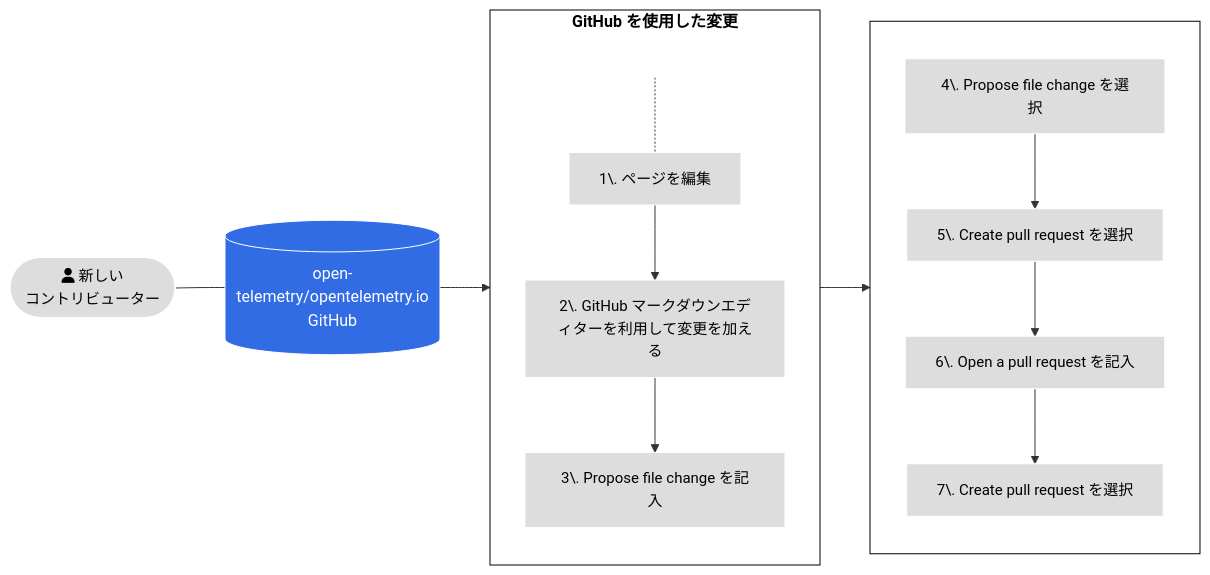
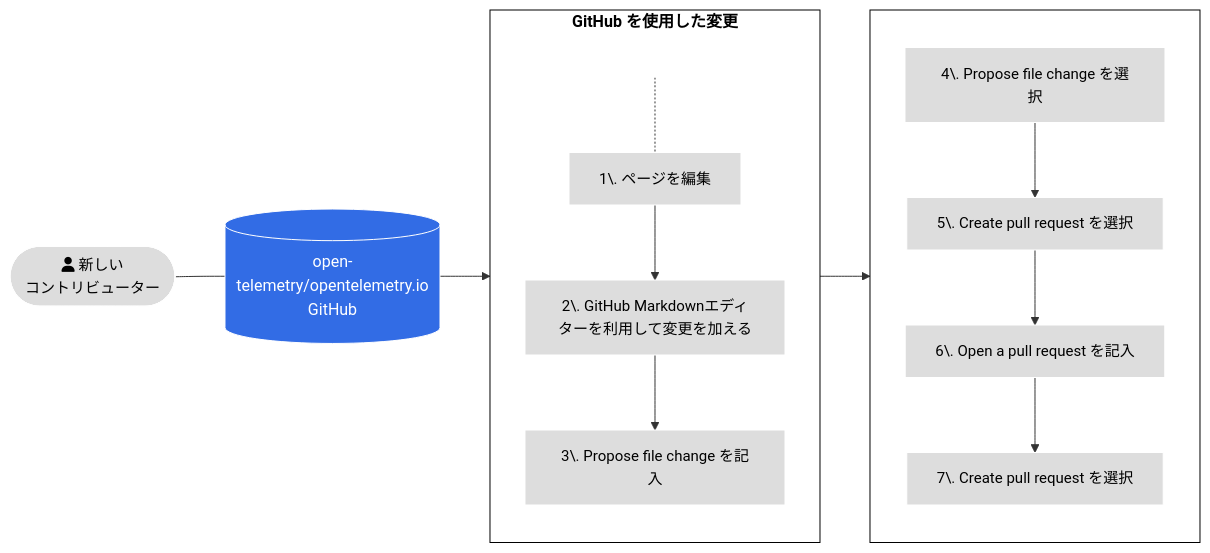
One commit to open-telemetry/opentelemetry.io changed the second of 4 diagrams in content/ja/docs/contributing/pull-requests.md. Above: the diagram before and after it, drawn with Mermaid. The commit also changed other lines of this file, not shown here.

Commit message:
fix: translate `Markdown` into `マークダウン`
Because it is a function of GitHub UI, translaters consider that these words should be English.

````diff
--- a/content/ja/docs/contributing/pull-requests.md
+++ b/content/ja/docs/contributing/pull-requests.md
@@ -57,27 +57,27 @@
 ```mermaid
 flowchart LR
 A([fa:fa-user 新しい<br>コントリビューター]) --- id1[(open-telemetry/opentelemetry.io<br>GitHub)]
 subgraph tasks[GitHub を使用した変更]
 direction TB
     0[ ] -.-
-    1[1\. ページを編集] --> 2[2\. GitHub マークダウンエディターを利用して変更を加える]
+    1[1\. ページを編集] --> 2[2\. GitHub Markdownエディターを利用して変更を加える]
     2 --> 3[3\. Propose file change を記入]
 
 end
 subgraph tasks2[ ]
 direction TB
 4[4\. Propose file change を選択] --> 5[5\. Create pull request を選択] --> 6[6\. Open a pull request を記入]
 6 --> 7[7\. Create pull request を選択]
 end
 
 id1 --> tasks --> tasks2
 
 classDef grey fill:#dddddd,stroke:#ffffff,stroke-width:px,color:#000000, font-size:15px;
 classDef white fill:#ffffff,stroke:#000,stroke-width:px,color:#000,font-weight:bold
 classDef k8s fill:#326ce5,stroke:#fff,stroke-width:1px,color:#fff;
 classDef spacewhite fill:#ffffff,stroke:#fff,stroke-width:0px,color:#000
 class A,1,2,3,4,5,6,7 grey
 class 0 spacewhite
 class tasks,tasks2 white
 class id1 k8s
 ```
````
